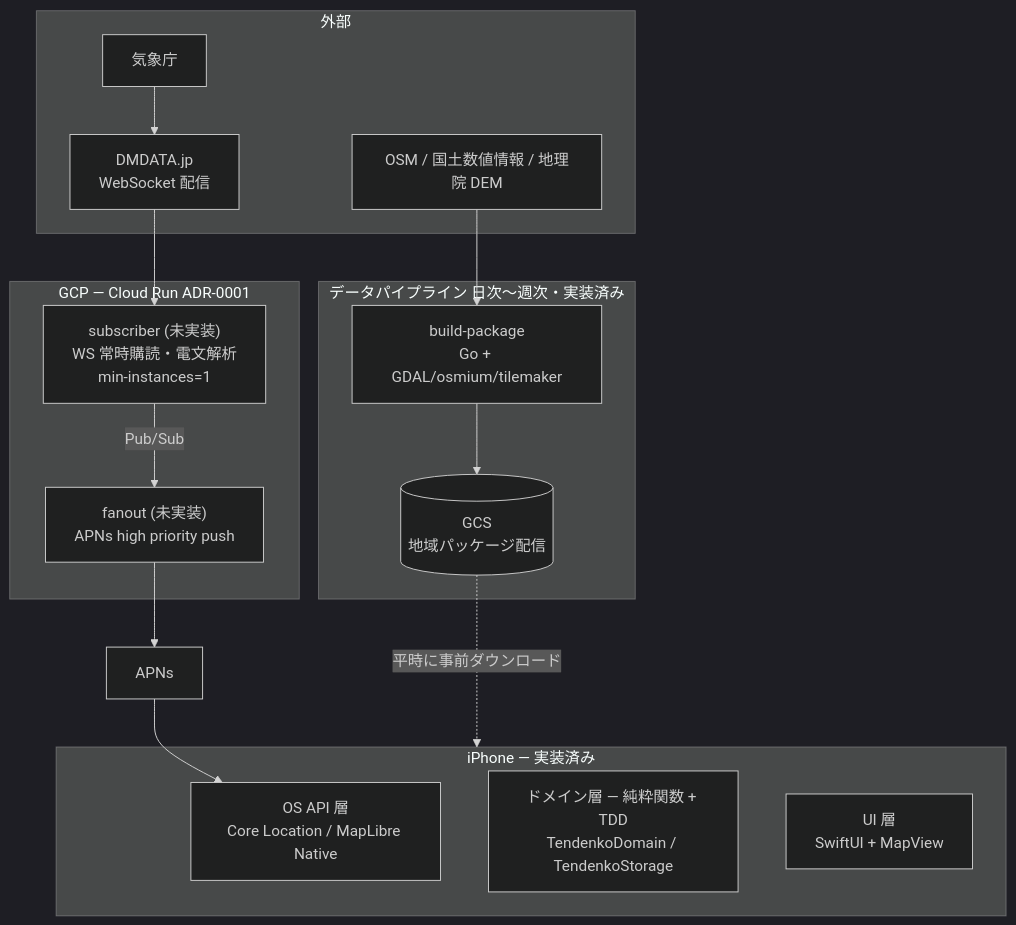
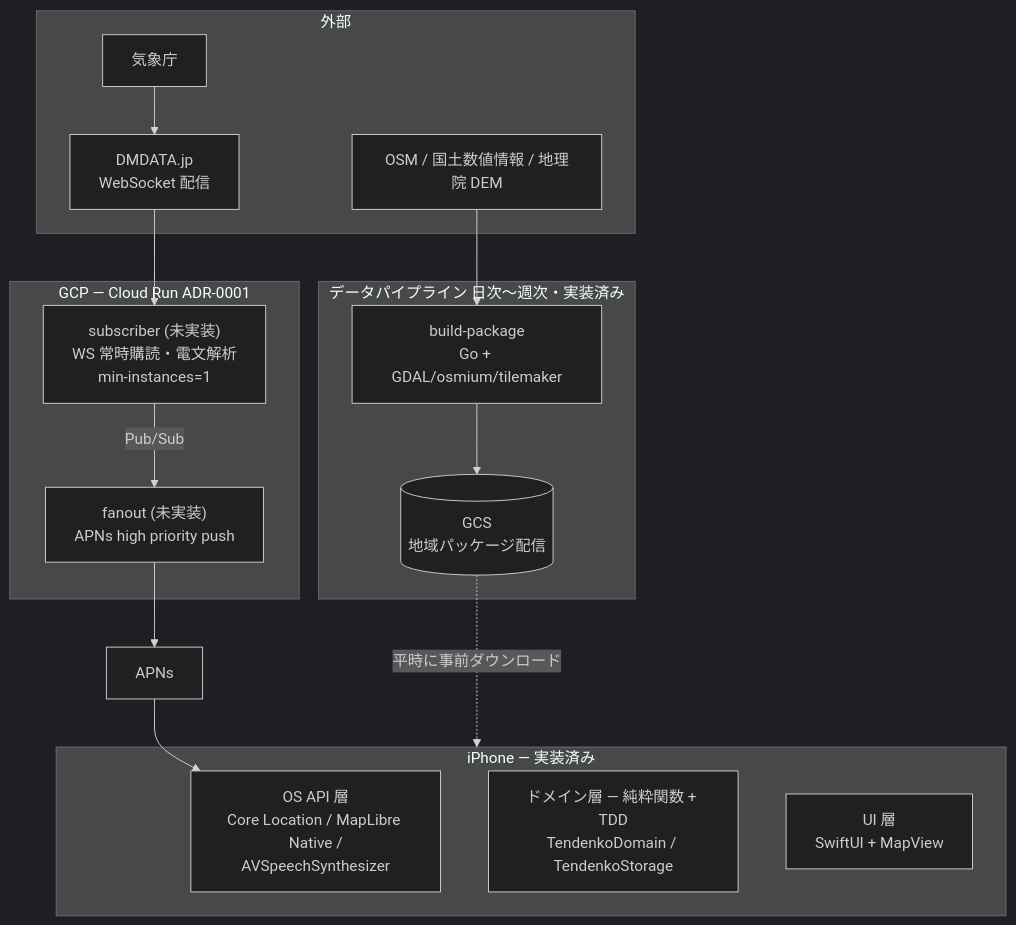
One commit to yusuke0610/tendenko changed the diagram in docs/architecture.md. Above: the diagram before and after it, drawn with Mermaid (dark theme). The commit also changed other lines of this file and 8 other files, not shown here.

````diff
--- a/docs/architecture.md
+++ b/docs/architecture.md
@@ -7,31 +7,31 @@
 ```mermaid
 flowchart TB
     subgraph external [外部]
         JMA[気象庁]
         DMDATA[DMDATA.jp<br>WebSocket 配信]
         OSM[OSM / 国土数値情報 / 地理院 DEM]
     end
 
     subgraph gcp [GCP — Cloud Run  ADR-0001]
         SUB["subscriber (未実装)<br>WS 常時購読・電文解析<br>min-instances=1"]
         FAN["fanout (未実装)<br>APNs high priority push"]
         SUB -->|Pub/Sub| FAN
     end
 
     subgraph batch [データパイプライン 日次〜週次・実装済み]
         PIPE[build-package<br>Go + GDAL/osmium/tilemaker]
         GCS[(GCS<br>地域パッケージ配信)]
         PIPE --> GCS
     end
 
     subgraph iphone [iPhone — 実装済み]
-        OSAPI[OS API 層<br>Core Location / MapLibre Native]
+        OSAPI[OS API 層<br>Core Location / MapLibre Native /<br>AVSpeechSynthesizer]
         DOMAIN[ドメイン層 — 純粋関数 + TDD<br>TendenkoDomain / TendenkoStorage]
         UI[UI 層<br>SwiftUI + MapView]
     end
 
     JMA --> DMDATA --> SUB
     FAN --> APNS[APNs] --> OSAPI
     OSM --> PIPE
     GCS -.平時に事前ダウンロード.-> iphone
 ```
````
